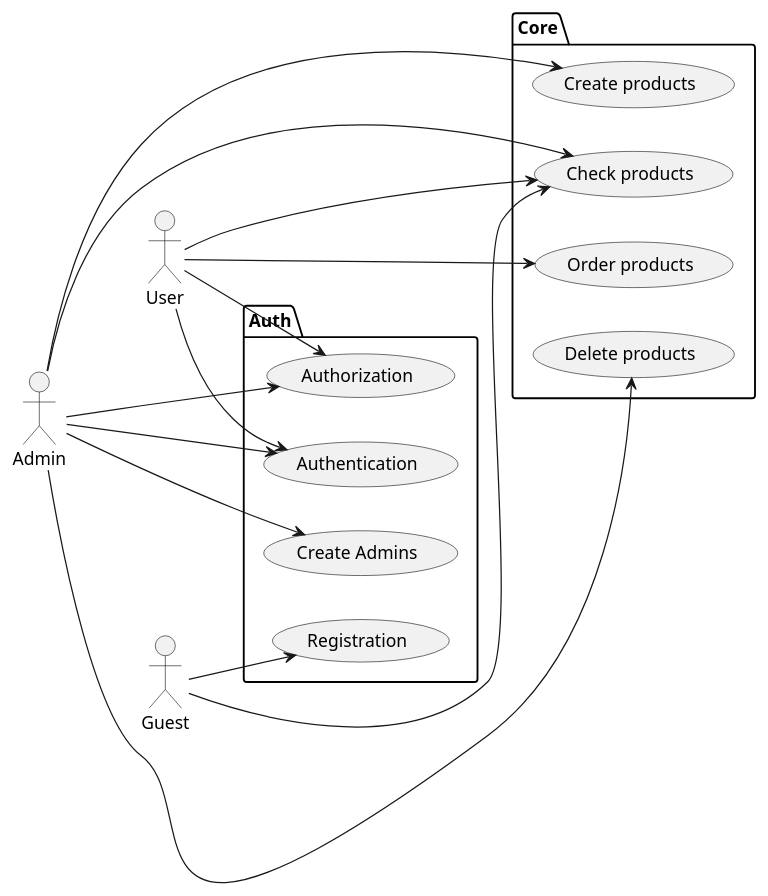
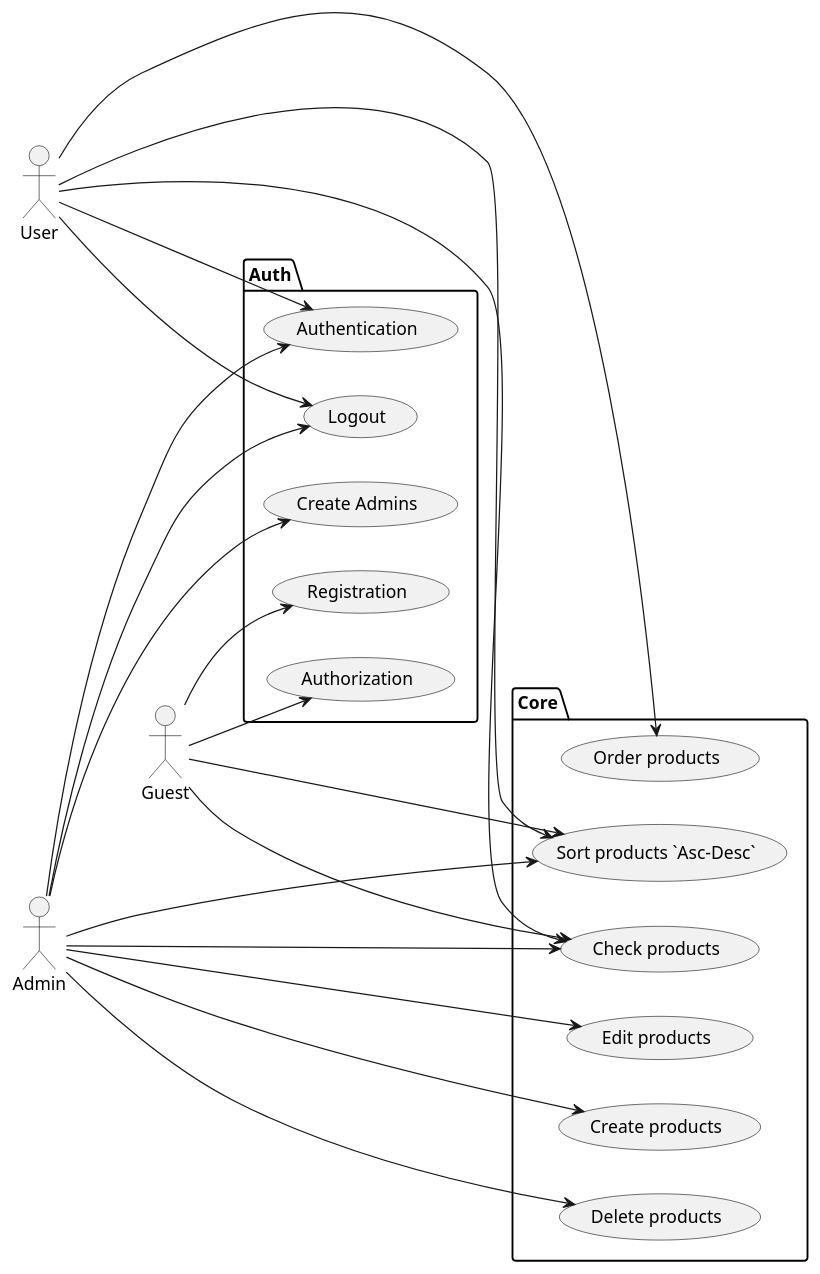
The diagram in book-house-server/src/main/resources/useCaseDiagramActorsAndActs.puml (dima666Sik/book-house), drawn with PlantUML before and after one commit. The commit also changed 15 other files, not shown here.

Commit message:
change some diagram. Add new diagrams. Some change when we default create admins.

```diff
--- a/book-house-server/src/main/resources/useCaseDiagramActorsAndActs.puml
+++ b/book-house-server/src/main/resources/useCaseDiagramActorsAndActs.puml
@@ -1,37 +1,45 @@
 @startuml
 'https://plantuml.com/use-case-diagram
 
 left to right direction
 actor User
 actor Guest
 actor Admin
 
 package Core{
     (Check products) as (CP)
     (Order products) as (OP)
     (Create products) as (CrP)
     (Delete products) as (DP)
+    (Edit products) as (EP)
+    (Sort products `Asc-Desc`) as (SP)
 }
 
 package Auth{
     (Authorization) as (Author)
     (Registration) as (Reg)
     (Create Admins) as (CA)
     (Authentication) as (Authen)
+    (Logout) as (L)
 }
 
 User -> (CP)
 User ---> (OP)
-User -> (Author)
 User -> (Authen)
+User --> (SP)
+User ---> (L)
 
 Guest ---> (CP)
 Guest --> (Reg)
+Guest --> (Author)
+Guest -> (SP)
 
 Admin ----> (CP)
-Admin ---> (Author)
 Admin --> (CA)
 Admin ---> (CrP)
 Admin ----> (DP)
 Admin -> (Authen)
+Admin -> (EP)
+Admin -> (SP)
+Admin -> (L)
 @enduml
```
